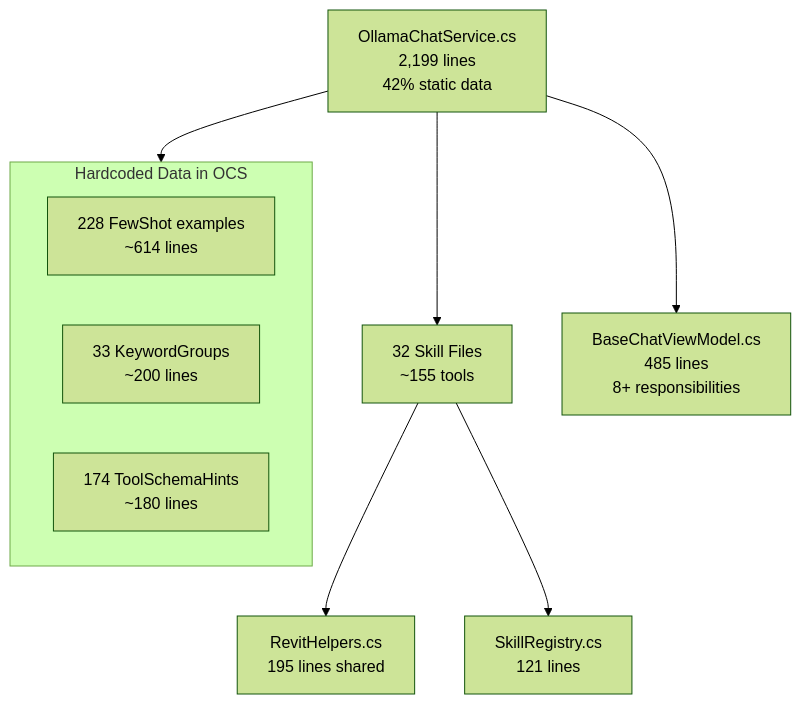
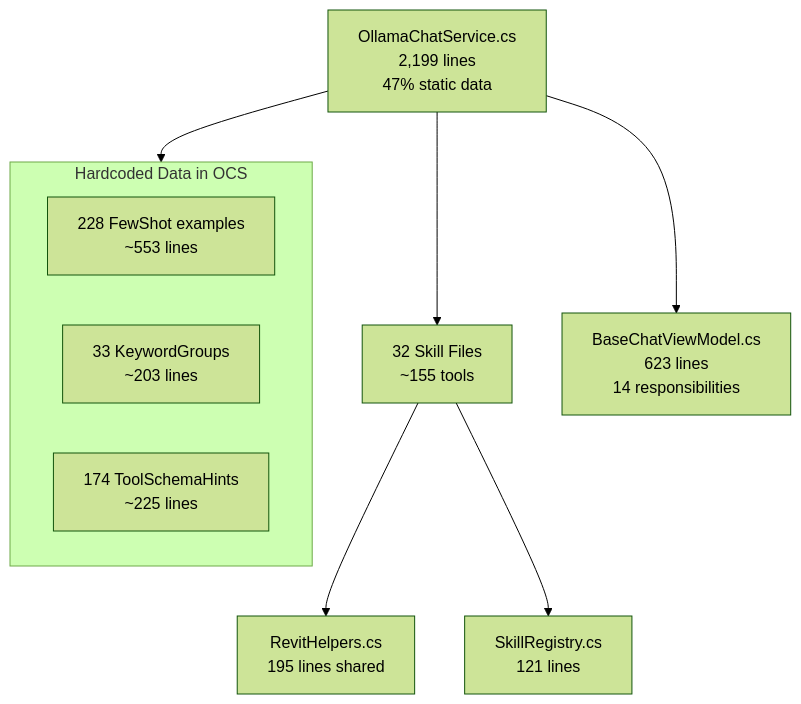
The first of 7 diagrams in docs/code-optimization-proposals.md (HuyDamDCMvn/RevitCode_Reseaching), drawn with Mermaid (forest theme) before and after one commit. The commit also changed other lines of this file and 63 other files, not shown here.

First line of the commit message:
Major code optimization: streaming, validation, BaseSkill, JSON config, ViewModel split

````diff
--- a/docs/code-optimization-proposals.md
+++ b/docs/code-optimization-proposals.md
@@ -5,14 +5,14 @@
 ```mermaid
 graph TD
-  OCS["OllamaChatService.cs\n2,199 lines\n42% static data"] --> SK["32 Skill Files\n~155 tools"]
-  OCS --> VM["BaseChatViewModel.cs\n485 lines\n8+ responsibilities"]
+  OCS["OllamaChatService.cs\n2,199 lines\n47% static data"] --> SK["32 Skill Files\n~155 tools"]
+  OCS --> VM["BaseChatViewModel.cs\n623 lines\n14 responsibilities"]
   SK --> RH["RevitHelpers.cs\n195 lines shared"]
   SK --> SR["SkillRegistry.cs\n121 lines"]
 
   subgraph dataInline [Hardcoded Data in OCS]
-    FS["228 FewShot examples\n~614 lines"]
-    KG["33 KeywordGroups\n~200 lines"]
-    TSH["174 ToolSchemaHints\n~180 lines"]
+    FS["228 FewShot examples\n~553 lines"]
+    KG["33 KeywordGroups\n~203 lines"]
+    TSH["174 ToolSchemaHints\n~225 lines"]
   end
   OCS --> dataInline
 ```
````
